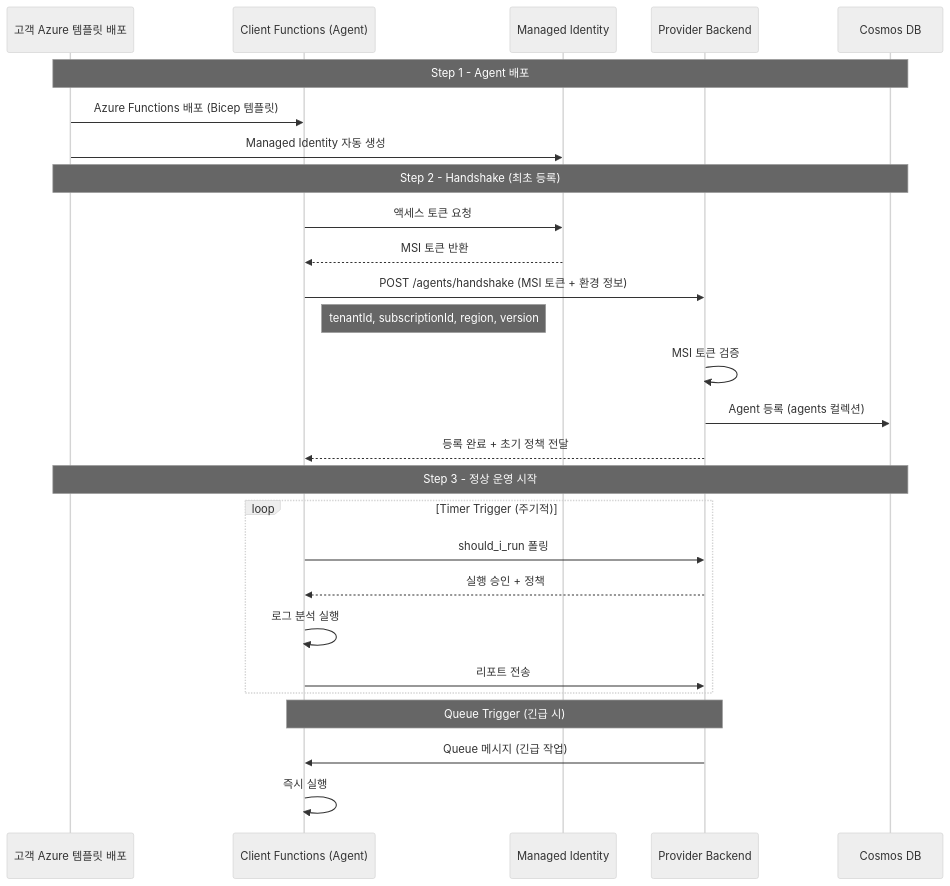
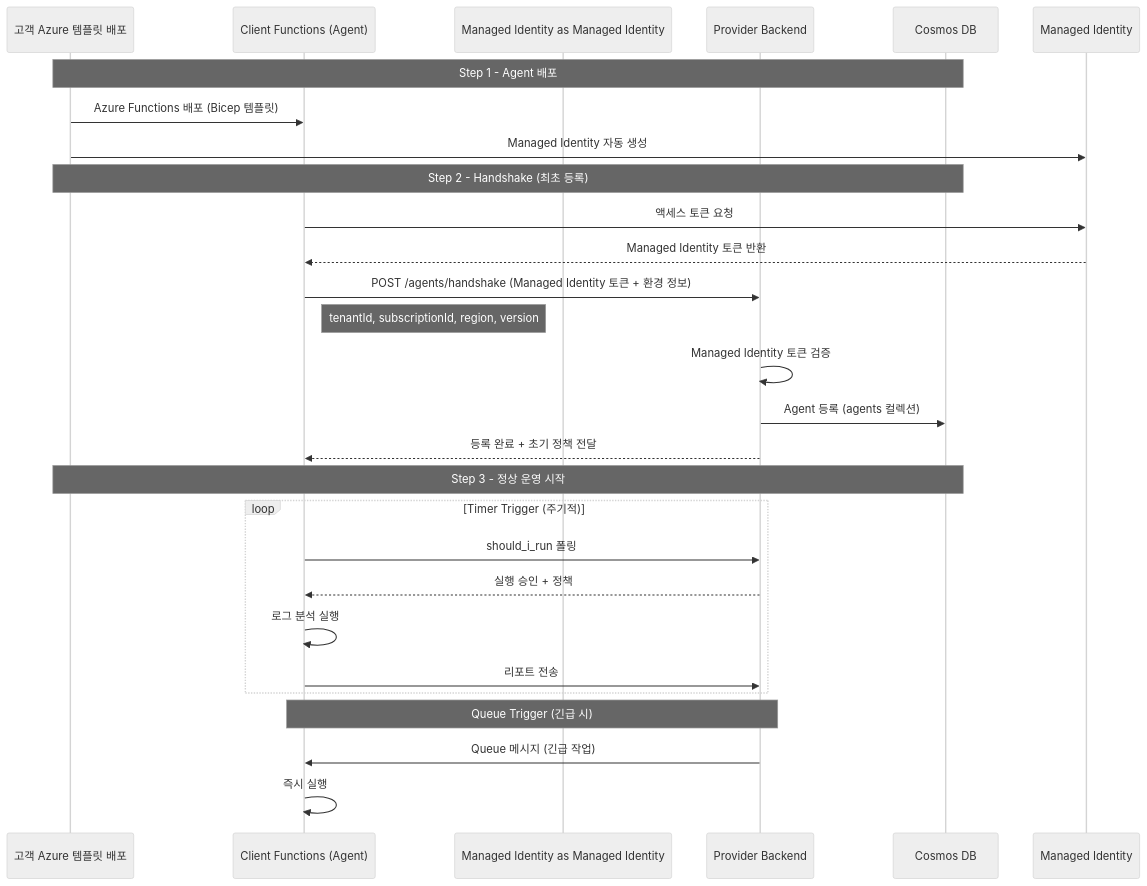
Before and after one commit to chjcmy/study: the sixth of 10 diagrams in azure/projects/whiteboard-architecture.md, drawn with Mermaid (neutral theme). The commit also changed other lines of this file and 2 other files, not shown here.

````diff
--- a/azure/projects/whiteboard-architecture.md
+++ b/azure/projects/whiteboard-architecture.md
@@ -194,38 +194,38 @@
 ```mermaid
 sequenceDiagram
     participant Template as 고객 Azure 템플릿 배포
     participant Agent as Client Functions (Agent)
-    participant MSI as Managed Identity
+    participant Managed Identity as Managed Identity
     participant Provider as Provider Backend
     participant Cosmos as Cosmos DB
 
     Note over Template, Cosmos: Step 1 - Agent 배포
 
     Template->>Agent: Azure Functions 배포 (Bicep 템플릿)
-    Template->>MSI: Managed Identity 자동 생성
+    Template->>Managed Identity: Managed Identity 자동 생성
 
     Note over Template, Cosmos: Step 2 - Handshake (최초 등록)
 
-    Agent->>MSI: 액세스 토큰 요청
-    MSI-->>Agent: MSI 토큰 반환
+    Agent->>Managed Identity: 액세스 토큰 요청
+    Managed Identity-->>Agent: Managed Identity 토큰 반환
 
-    Agent->>Provider: POST /agents/handshake (MSI 토큰 + 환경 정보)
+    Agent->>Provider: POST /agents/handshake (Managed Identity 토큰 + 환경 정보)
     Note right of Agent: tenantId, subscriptionId, region, version
 
-    Provider->>Provider: MSI 토큰 검증
+    Provider->>Provider: Managed Identity 토큰 검증
     Provider->>Cosmos: Agent 등록 (agents 컬렉션)
     Provider-->>Agent: 등록 완료 + 초기 정책 전달
 
     Note over Template, Cosmos: Step 3 - 정상 운영 시작
 
     loop Timer Trigger (주기적)
         Agent->>Provider: should_i_run 폴링
         Provider-->>Agent: 실행 승인 + 정책
         Agent->>Agent: 로그 분석 실행
         Agent->>Provider: 리포트 전송
     end
 
     Note over Agent, Provider: Queue Trigger (긴급 시)
     Provider->>Agent: Queue 메시지 (긴급 작업)
     Agent->>Agent: 즉시 실행
 ```
````
